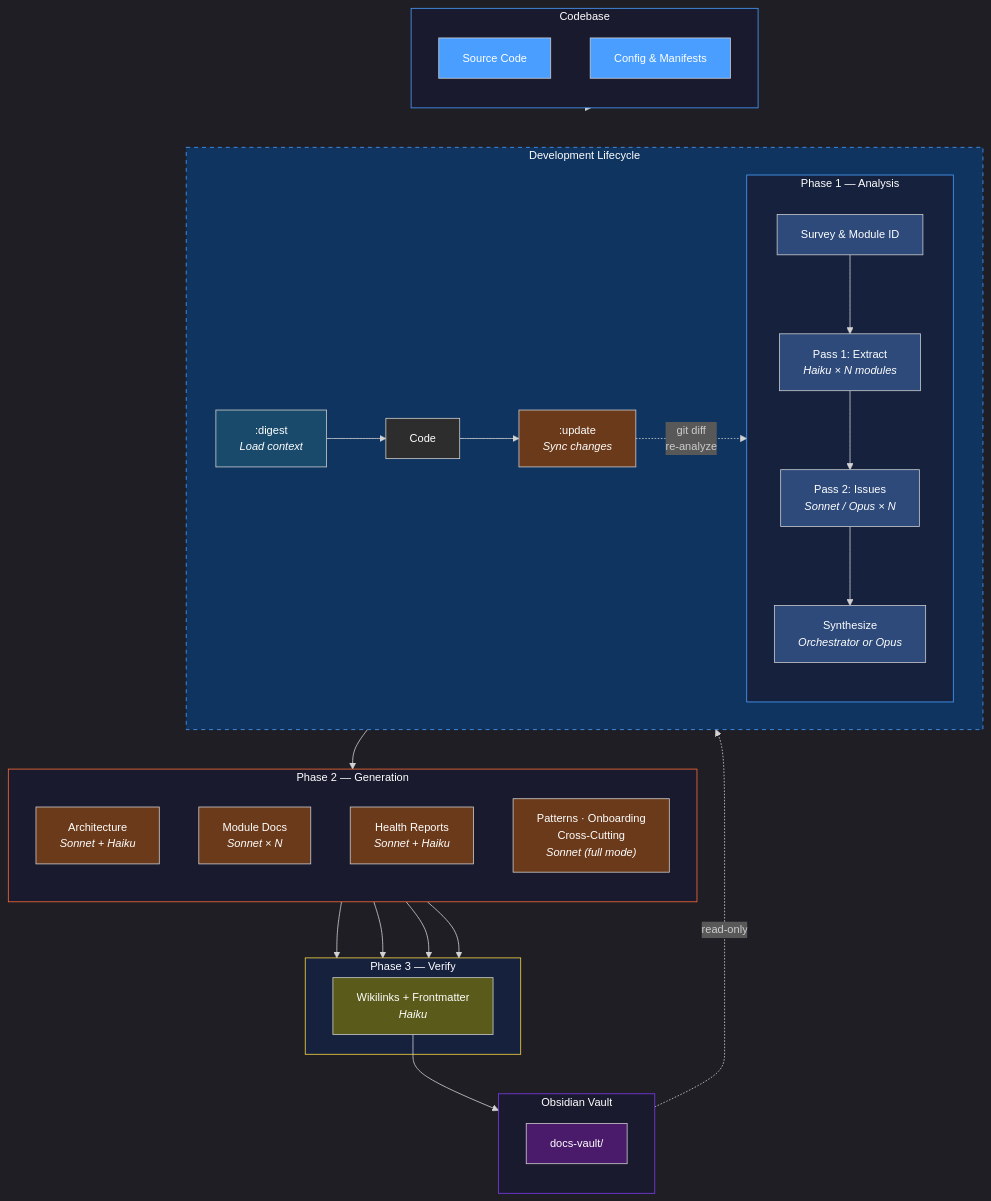
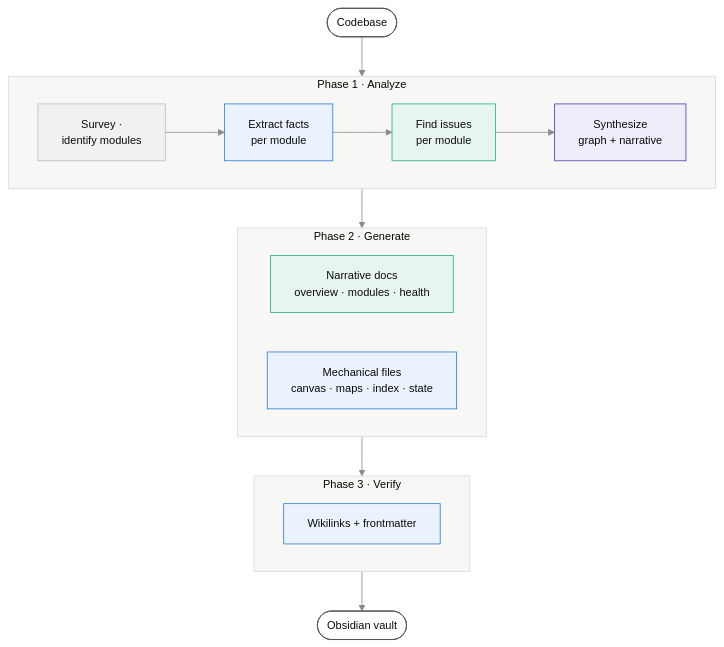
One commit to SDS-Mode/code-to-docs-skill changed the first of 3 diagrams in README.md. Above: the diagram before and after it, drawn with Mermaid. The commit also changed other lines of this file and 4 other files, not shown here.

First line of the commit message:
docs: redesign README diagrams and generator Mermaid conventions

````diff
--- a/README.md
+++ b/README.md
@@ -5,74 +5,24 @@
 ```mermaid
-%%{init: {'theme': 'dark', 'themeVariables': { 'fontSize': '14px' }}}%%
+%%{init: {'theme':'base','themeVariables':{'fontFamily':'-apple-system, Segoe UI, sans-serif','fontSize':'14px','lineColor':'#8a8a8a','edgeLabelBackground':'#ffffff','clusterBkg':'#f7f7f5','clusterBorder':'#d9d9d4'}}}%%
 flowchart TB
-    subgraph INPUT["  Codebase  "]
-        direction TB
-        SRC["Source Code"]
-        CFG["Config & Manifests"]
-    end
-
-    subgraph PHASE1["  Phase 1 — Analysis  "]
-        direction TB
-        SURVEY["Survey & Module ID"]
-        P1["Pass 1: Extract<br/><i>Haiku × N modules</i>"]
-        P2["Pass 2: Issues<br/><i>Sonnet / Opus × N</i>"]
-        SYN["Synthesize<br/><i>Orchestrator or Opus</i>"]
-        SURVEY --> P1
-        P1 --> P2
-        P2 --> SYN
-    end
-
-    subgraph PHASE2["  Phase 2 — Generation  "]
-        direction TB
-        ARCH["Architecture<br/><i>Sonnet + Haiku</i>"]
-        MODS["Module Docs<br/><i>Sonnet × N</i>"]
-        HEALTH["Health Reports<br/><i>Sonnet + Haiku</i>"]
-        EXTRAS["Patterns · Onboarding<br/>Cross-Cutting<br/><i>Sonnet (full mode)</i>"]
-    end
-
-    subgraph PHASE3["  Phase 3 — Verify  "]
-        VER["Wikilinks + Frontmatter<br/><i>Haiku</i>"]
-    end
-
-    subgraph OUTPUT["  Obsidian Vault  "]
-        direction TB
-        VAULT["docs-vault/"]
-    end
-
-    subgraph LIFECYCLE["  Development Lifecycle  "]
-        direction LR
-        DIGEST[":digest<br/><i>Load context</i>"]
-        CODE["Code"]
-        UPDATE[":update<br/><i>Sync changes</i>"]
-        DIGEST --> CODE --> UPDATE
-        UPDATE -. "git diff<br/>re-analyze" .-> PHASE1
-    end
-
-    INPUT --> PHASE1
-    SYN --> PHASE2
-    ARCH & MODS & HEALTH & EXTRAS --> PHASE3
-    VER --> OUTPUT
-    VAULT -. "read-only" .-> DIGEST
-
-    style INPUT fill:#1a1a2e,stroke:#4a9eff,color:#fff
-    style PHASE1 fill:#16213e,stroke:#4a9eff,color:#fff
-    style PHASE2 fill:#1a1a2e,stroke:#ff6b35,color:#fff
-    style PHASE3 fill:#16213e,stroke:#ffd93d,color:#fff
-    style OUTPUT fill:#1a1a2e,stroke:#7c3aed,color:#fff
-    style LIFECYCLE fill:#0f3460,stroke:#4a9eff,color:#fff,stroke-dasharray: 5 5
-    style SRC fill:#4a9eff,color:#fff
-    style CFG fill:#4a9eff,color:#fff
-    style SURVEY fill:#2d4a7a,color:#fff
-    style P1 fill:#2d4a7a,color:#fff
-    style P2 fill:#2d4a7a,color:#fff
-    style SYN fill:#2d4a7a,color:#fff
-    style ARCH fill:#6b3a1a,color:#fff
-    style MODS fill:#6b3a1a,color:#fff
-    style HEALTH fill:#6b3a1a,color:#fff
-    style EXTRAS fill:#6b3a1a,color:#fff
-    style VER fill:#5a5a1a,color:#fff
-    style VAULT fill:#4a1a6b,color:#fff
-    style DIGEST fill:#1a4a6b,color:#fff
-    style CODE fill:#2d2d2d,color:#fff
-    style UPDATE fill:#6b3a1a,color:#fff
+  IN([Codebase]):::io
+  subgraph P1["Phase 1 · Analyze"]
+    direction LR
+    SURVEY["Survey ·<br/>identify modules"]:::plain --> EX["Extract facts<br/>per module"]:::haiku --> ISS["Find issues<br/>per module"]:::sonnet --> SYN["Synthesize<br/>graph + narrative"]:::opus
+  end
+  subgraph P2["Phase 2 · Generate"]
+    direction LR
+    NARR["Narrative docs<br/>overview · modules · health"]:::sonnet
+    MECH["Mechanical files<br/>canvas · maps · index · state"]:::haiku
+  end
+  subgraph P3["Phase 3 · Verify"]
+    VER["Wikilinks + frontmatter"]:::haiku
+  end
+  OUT([Obsidian vault]):::io
+  IN --> P1 --> P2 --> P3 --> OUT
+  classDef haiku fill:#eaf2fd,stroke:#2a78d6,color:#0b0b0b
+  classDef sonnet fill:#e6f6ef,stroke:#1baf7a,color:#0b0b0b
+  classDef opus fill:#efecfa,stroke:#4a3aa7,color:#0b0b0b
+  classDef io fill:#ffffff,stroke:#52514e,color:#0b0b0b
+  classDef plain fill:#f1f1ef,stroke:#b9b9b3,color:#0b0b0b
 ```
````
